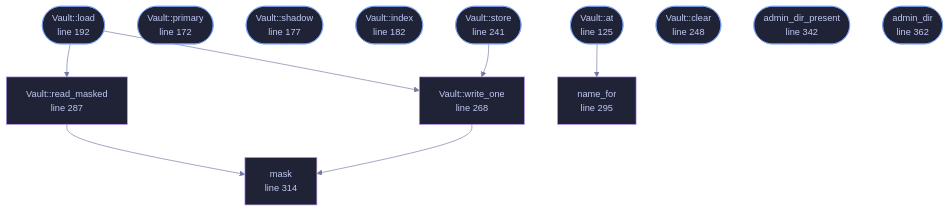
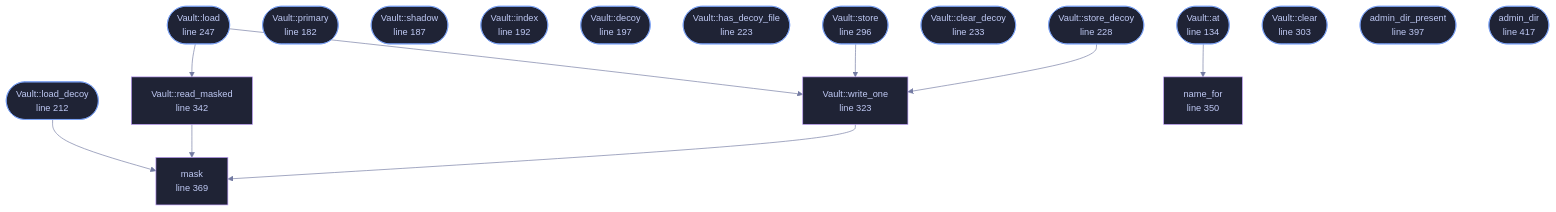
Before and after one commit to tilas01/veilvoice: the diagram in docs/files/veilvoice-crypto/vault.md, drawn with Mermaid. The commit also changed other lines of this file and 34 other files, not shown here.

````diff
--- a/docs/files/veilvoice-crypto/vault.md
+++ b/docs/files/veilvoice-crypto/vault.md
@@ -120,40 +127,52 @@
 ```mermaid
 %%{init: {"theme":"base","themeVariables":{"background":"#1a1b26","primaryColor":"#1f2335","primaryTextColor":"#c0caf5","primaryBorderColor":"#7aa2f7","secondaryColor":"#16161e","tertiaryColor":"#16161e","lineColor":"#737aa2","textColor":"#c0caf5","mainBkg":"#1f2335","nodeBorder":"#7aa2f7","clusterBkg":"#16161e","clusterBorder":"#2f3549","fontFamily":"ui-monospace, SFMono-Regular, Consolas, monospace","fontSize":"14px"}}}%%
 flowchart TD
-    n_at(["Vault::at<br/>line 125"])
-    n_primary(["Vault::primary<br/>line 172"])
-    n_shadow(["Vault::shadow<br/>line 177"])
-    n_index(["Vault::index<br/>line 182"])
-    n_load(["Vault::load<br/>line 192"])
-    n_store(["Vault::store<br/>line 241"])
-    n_clear(["Vault::clear<br/>line 248"])
-    n_write_one["Vault::write_one<br/>line 268"]
-    n_read_masked["Vault::read_masked<br/>line 287"]
-    n_name_for["name_for<br/>line 295"]
-    n_mask["mask<br/>line 314"]
-    n_admin_dir_present(["admin_dir_present<br/>line 342"])
-    n_admin_dir(["admin_dir<br/>line 362"])
+    n_at(["Vault::at<br/>line 134"])
+    n_primary(["Vault::primary<br/>line 182"])
+    n_shadow(["Vault::shadow<br/>line 187"])
+    n_index(["Vault::index<br/>line 192"])
+    n_decoy(["Vault::decoy<br/>line 197"])
+    n_load_decoy(["Vault::load_decoy<br/>line 212"])
+    n_has_decoy_file(["Vault::has_decoy_file<br/>line 223"])
+    n_store_decoy(["Vault::store_decoy<br/>line 228"])
+    n_clear_decoy(["Vault::clear_decoy<br/>line 233"])
+    n_load(["Vault::load<br/>line 247"])
+    n_store(["Vault::store<br/>line 296"])
+    n_clear(["Vault::clear<br/>line 303"])
+    n_write_one["Vault::write_one<br/>line 323"]
+    n_read_masked["Vault::read_masked<br/>line 342"]
+    n_name_for["name_for<br/>line 350"]
+    n_mask["mask<br/>line 369"]
+    n_admin_dir_present(["admin_dir_present<br/>line 397"])
+    n_admin_dir(["admin_dir<br/>line 417"])
     n_at --> n_name_for
     n_load --> n_read_masked
     n_load --> n_write_one
+    n_load_decoy --> n_mask
     n_read_masked --> n_mask
     n_store --> n_write_one
+    n_store_decoy --> n_write_one
     n_write_one --> n_mask
-    click n_at href "https://github.com/tilas01/veilvoice/blob/main/crates/veilvoice-crypto/src/vault.rs#L125" "open the source"
-    click n_primary href "https://github.com/tilas01/veilvoice/blob/main/crates/veilvoice-crypto/src/vault.rs#L172" "open the source"
-    click n_shadow href "https://github.com/tilas01/veilvoice/blob/main/crates/veilvoice-crypto/src/vault.rs#L177" "open the source"
-    click n_index href "https://github.com/tilas01/veilvoice/blob/main/crates/veilvoice-crypto/src/vault.rs#L182" "open the source"
-    click n_load href "https://github.com/tilas01/veilvoice/blob/main/crates/veilvoice-crypto/src/vault.rs#L192" "open the source"
-    click n_store href "https://github.com/tilas01/veilvoice/blob/main/crates/veilvoice-crypto/src/vault.rs#L241" "open the source"
-    click n_clear href "https://github.com/tilas01/veilvoice/blob/main/crates/veilvoice-crypto/src/vault.rs#L248" "open the source"
-    click n_write_one href "https://github.com/tilas01/veilvoice/blob/main/crates/veilvoice-crypto/src/vault.rs#L268" "open the source"
-    click n_read_masked href "https://github.com/tilas01/veilvoice/blob/main/crates/veilvoice-crypto/src/vault.rs#L287" "open the source"
-    click n_name_for href "https://github.com/tilas01/veilvoice/blob/main/crates/veilvoice-crypto/src/vault.rs#L295" "open the source"
-    click n_mask href "https://github.com/tilas01/veilvoice/blob/main/crates/veilvoice-crypto/src/vault.rs#L314" "open the source"
-    click n_admin_dir_present href "https://github.com/tilas01/veilvoice/blob/main/crates/veilvoice-crypto/src/vault.rs#L342" "open the source"
-    click n_admin_dir href "https://github.com/tilas01/veilvoice/blob/main/crates/veilvoice-crypto/src/vault.rs#L362" "open the source"
+    click n_at href "https://github.com/tilas01/veilvoice/blob/main/crates/veilvoice-crypto/src/vault.rs#L134" "open the source"
+    click n_primary href "https://github.com/tilas01/veilvoice/blob/main/crates/veilvoice-crypto/src/vault.rs#L182" "open the source"
+    click n_shadow href "https://github.com/tilas01/veilvoice/blob/main/crates/veilvoice-crypto/src/vault.rs#L187" "open the source"
+    click n_index href "https://github.com/tilas01/veilvoice/blob/main/crates/veilvoice-crypto/src/vault.rs#L192" "open the source"
+    click n_decoy href "https://github.com/tilas01/veilvoice/blob/main/crates/veilvoice-crypto/src/vault.rs#L197" "open the source"
+    click n_load_decoy href "https://github.com/tilas01/veilvoice/blob/main/crates/veilvoice-crypto/src/vault.rs#L212" "open the source"
+    click n_has_decoy_file href "https://github.com/tilas01/veilvoice/blob/main/crates/veilvoice-crypto/src/vault.rs#L223" "open the source"
+    click n_store_decoy href "https://github.com/tilas01/veilvoice/blob/main/crates/veilvoice-crypto/src/vault.rs#L228" "open the source"
+    click n_clear_decoy href "https://github.com/tilas01/veilvoice/blob/main/crates/veilvoice-crypto/src/vault.rs#L233" "open the source"
+    click n_load href "https://github.com/tilas01/veilvoice/blob/main/crates/veilvoice-crypto/src/vault.rs#L247" "open the source"
+    click n_store href "https://github.com/tilas01/veilvoice/blob/main/crates/veilvoice-crypto/src/vault.rs#L296" "open the source"
+    click n_clear href "https://github.com/tilas01/veilvoice/blob/main/crates/veilvoice-crypto/src/vault.rs#L303" "open the source"
+    click n_write_one href "https://github.com/tilas01/veilvoice/blob/main/crates/veilvoice-crypto/src/vault.rs#L323" "open the source"
+    click n_read_masked href "https://github.com/tilas01/veilvoice/blob/main/crates/veilvoice-crypto/src/vault.rs#L342" "open the source"
+    click n_name_for href "https://github.com/tilas01/veilvoice/blob/main/crates/veilvoice-crypto/src/vault.rs#L350" "open the source"
+    click n_mask href "https://github.com/tilas01/veilvoice/blob/main/crates/veilvoice-crypto/src/vault.rs#L369" "open the source"
+    click n_admin_dir_present href "https://github.com/tilas01/veilvoice/blob/main/crates/veilvoice-crypto/src/vault.rs#L397" "open the source"
+    click n_admin_dir href "https://github.com/tilas01/veilvoice/blob/main/crates/veilvoice-crypto/src/vault.rs#L417" "open the source"
     classDef entry fill:#1f2335,stroke:#7aa2f7,color:#c0caf5
-    class n_at,n_primary,n_shadow,n_index,n_load,n_store,n_clear,n_admin_dir_present,n_admin_dir entry
+    class n_at,n_primary,n_shadow,n_index,n_decoy,n_load_decoy,n_has_decoy_file,n_store_decoy,n_clear_decoy,n_load,n_store,n_clear,n_admin_dir_present,n_admin_dir entry
     classDef helper fill:#1f2335,stroke:#bb9af7,color:#c0caf5
     class n_write_one,n_read_masked,n_name_for,n_mask helper
 ```
````
